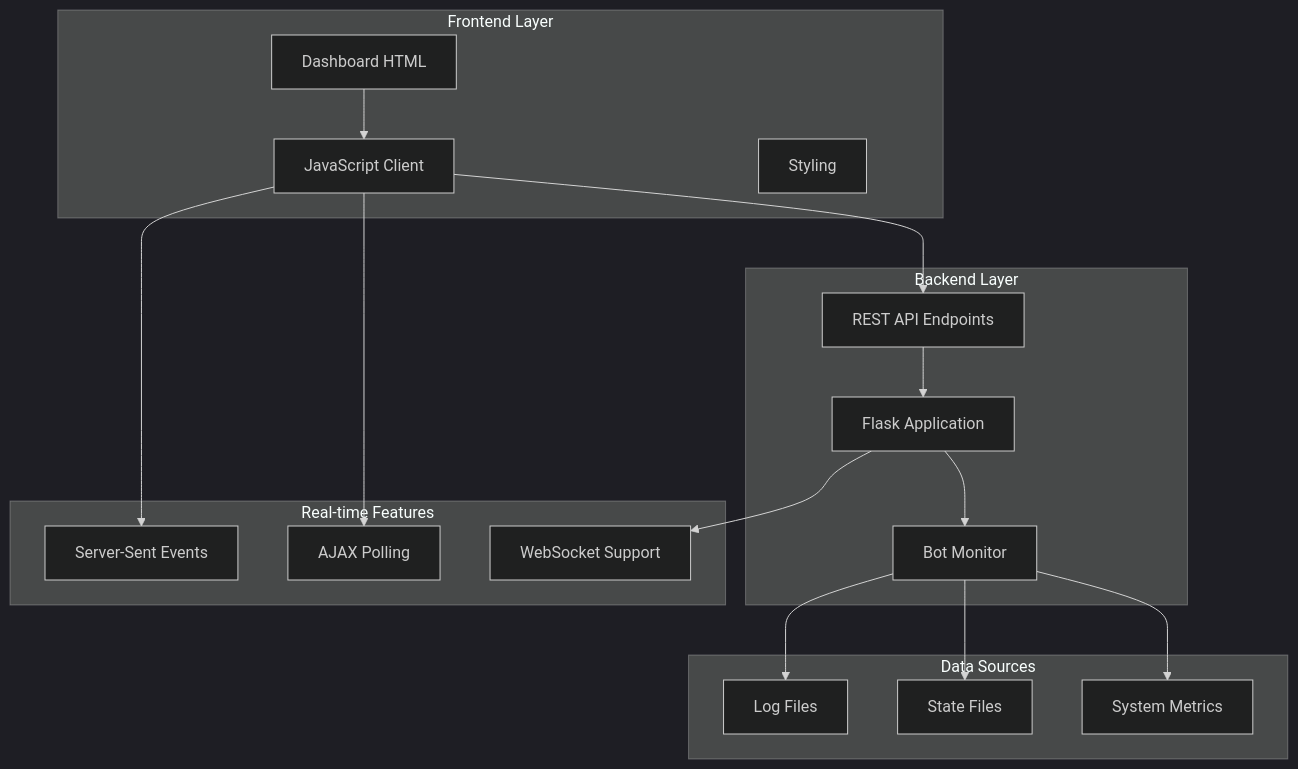
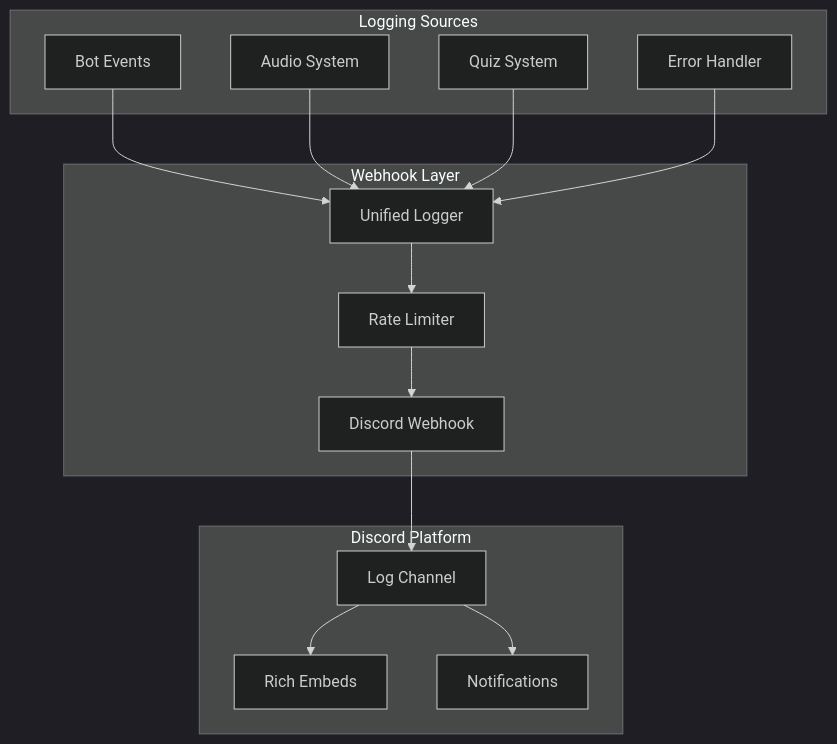
One commit to trippixn963/QuranBot changed the eighth of 12 diagrams in docs/ARCHITECTURE.md. Above: the diagram before and after it, drawn with Mermaid (dark theme). The commit also changed other lines of this file and 101 other files, not shown here.

````diff
--- a/docs/ARCHITECTURE.md
+++ b/docs/ARCHITECTURE.md
@@ -453,37 +460,31 @@
 ```mermaid
 graph TB
-    subgraph "Frontend Layer"
-        HTML[Dashboard HTML]
-        JS[JavaScript Client]
-        CSS[Styling]
+    subgraph "Logging Sources"
+        BOT[Bot Events]
+        AUDIO[Audio System]
+        QUIZ[Quiz System]
+        ERROR[Error Handler]
     end
-    
-    subgraph "Backend Layer"
-        FLASK[Flask Application]
-        API[REST API Endpoints]
-        MONITOR[Bot Monitor]
+
+    subgraph "Webhook Layer"
+        UL[Unified Logger]
+        WH[Discord Webhook]
+        RATE[Rate Limiter]
     end
-    
-    subgraph "Data Sources"
-        LOGS[Log Files]
-        STATE[State Files]
-        SYSTEM[System Metrics]
+
+    subgraph "Discord Platform"
+        CHAN[Log Channel]
+        EMBED[Rich Embeds]
+        NOTIF[Notifications]
     end
-    
-    subgraph "Real-time Features"
-        SSE[Server-Sent Events]
-        POLLING[AJAX Polling]
-        WS[WebSocket Support]
-    end
-    
-    HTML --> JS
-    JS --> API
-    API --> FLASK
-    FLASK --> MONITOR
-    MONITOR --> LOGS
-    MONITOR --> STATE
-    MONITOR --> SYSTEM
-    JS --> SSE
-    JS --> POLLING
-    FLASK --> WS
+
+    BOT --> UL
+    AUDIO --> UL
+    QUIZ --> UL
+    ERROR --> UL
+    UL --> RATE
+    RATE --> WH
+    WH --> CHAN
+    CHAN --> EMBED
+    CHAN --> NOTIF
 ```
````
